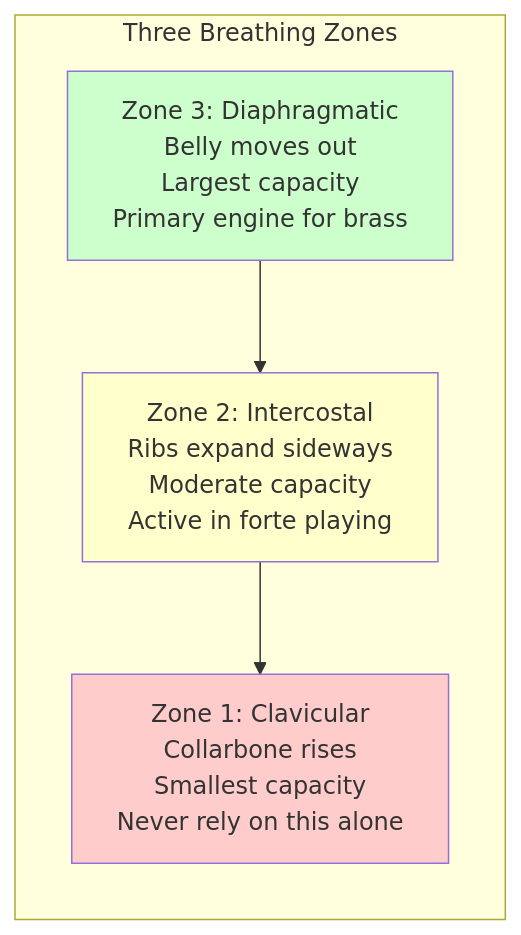
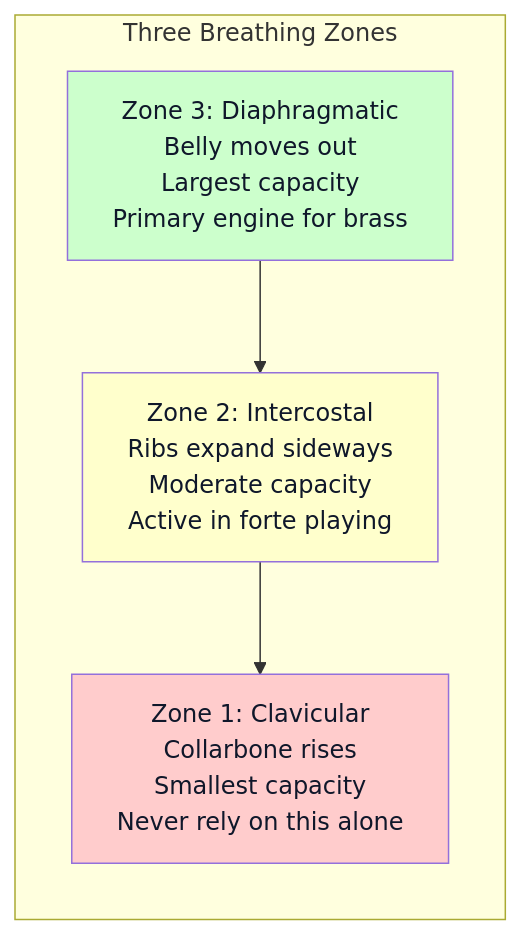
The second of 4 diagrams in topics/arts/music_performance/brass/labs.md (blebleblee/synapse), drawn with Mermaid before and after one commit. The commit also changed other lines of this file and 1464 other files, not shown here.

Commit message:
feat(release): curriculum vector mermaid upgrade, render hardening, and master synpack

````diff
--- a/topics/arts/music_performance/brass/labs.md
+++ b/topics/arts/music_performance/brass/labs.md
@@ -66,22 +66,22 @@
 ```mermaid
 flowchart LR
     subgraph sub_zones ["Three Breathing Zones"]
         Z1["Zone 1: Clavicular
 Collarbone rises
 Smallest capacity
 Never rely on this alone"]
         Z2["Zone 2: Intercostal
 Ribs expand sideways
 Moderate capacity
 Active in forte playing"]
         Z3["Zone 3: Diaphragmatic
 Belly moves out
 Largest capacity
 Primary engine for brass"]
     end
     Z3 --> Z2 --> Z1
 
-    style Z1 fill:#ffcccc
-    style Z2 fill:#ffffcc
-    style Z3 fill:#ccffcc
+    style Z1 fill:#ffcccc,color:#0f172a
+    style Z2 fill:#ffffcc,color:#0f172a
+    style Z3 fill:#ccffcc,color:#0f172a
 ```
````
